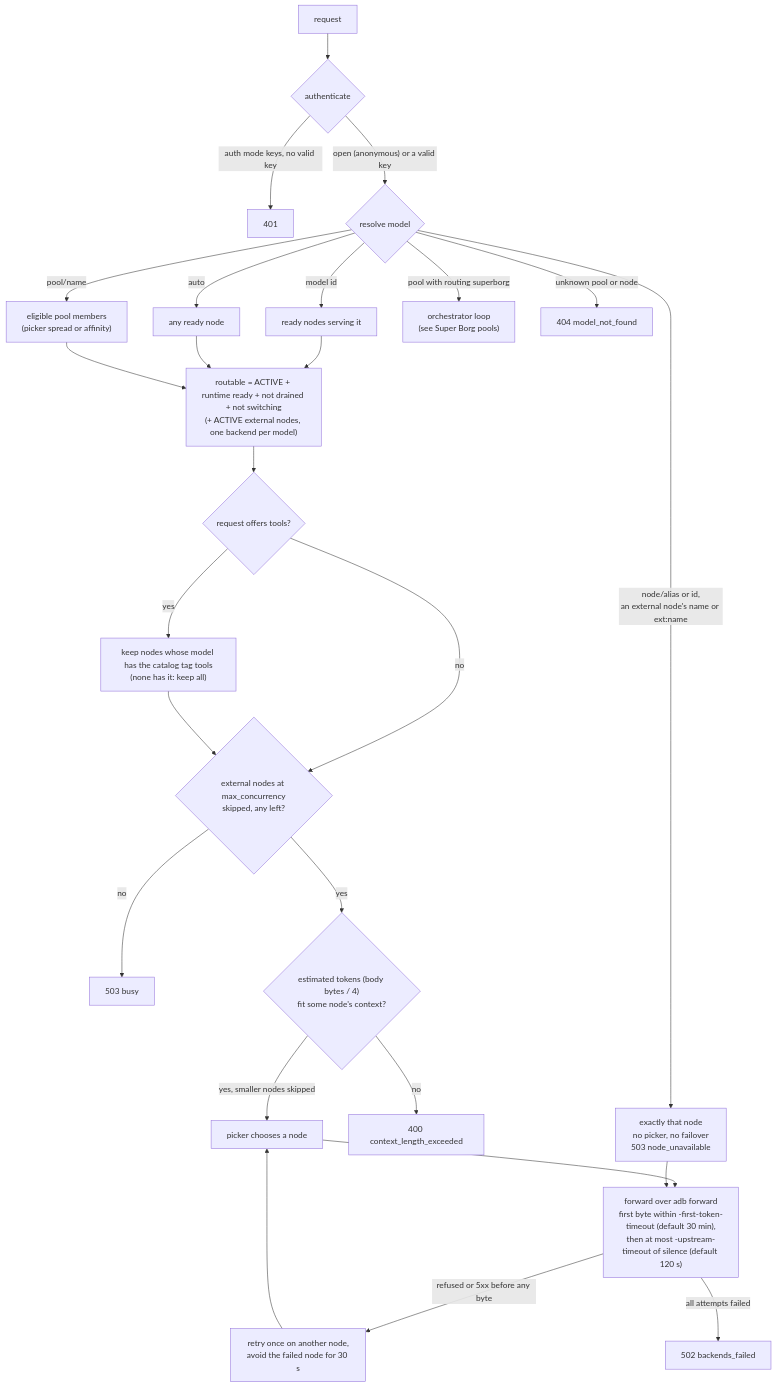
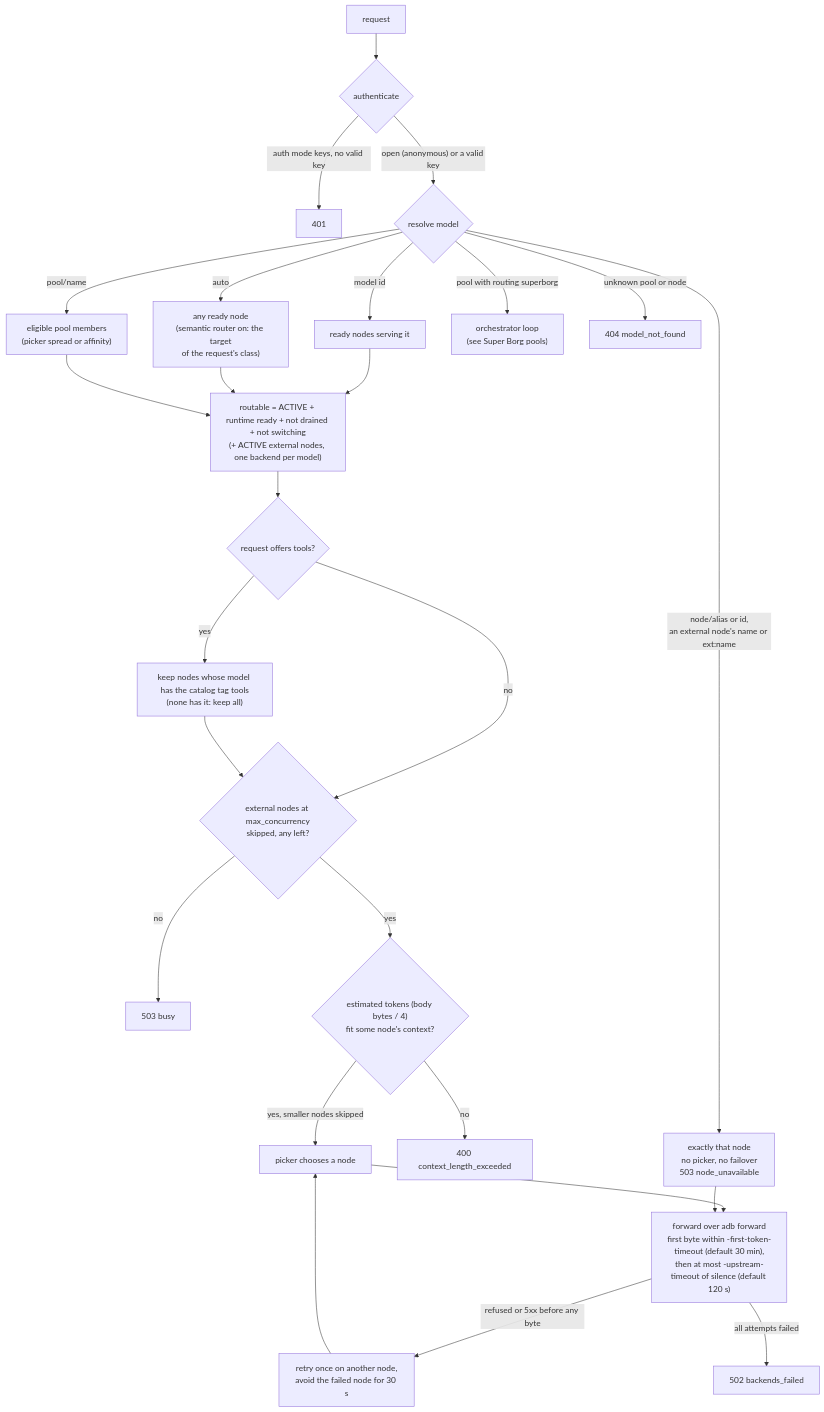
One commit to dzaczek/phoneborg changed the fourth of 9 diagrams in docs/ARCHITECTURE.md. Above: the diagram before and after it, drawn with Mermaid. The commit also changed other lines of this file and 7 other files, not shown here.

First line of the commit message:
Document the semantic router across the docs

````diff
--- a/docs/ARCHITECTURE.md
+++ b/docs/ARCHITECTURE.md
@@ -172,26 +172,26 @@
 ```mermaid
 flowchart TD
   req["request"] --> auth{"authenticate"}
   auth -->|"auth mode keys, no valid key"| e401["401"]
   auth -->|"open (anonymous) or a valid key"| res{"resolve model"}
   res -->|"model id"| c1["ready nodes serving it"]
-  res -->|"auto"| c2["any ready node"]
+  res -->|"auto"| c2["any ready node<br>(semantic router on: the target<br>of the request's class)"]
   res -->|"pool/name"| c3["eligible pool members<br>(picker spread or affinity)"]
   res -->|"pool with routing superborg"| sb["orchestrator loop<br>(see Super Borg pools)"]
   res -->|"node/alias or id,<br>an external node's name or ext:name"| c4["exactly that node<br>no picker, no failover<br>503 node_unavailable"]
   res -->|"unknown pool or node"| e404["404 model_not_found"]
   c1 & c2 & c3 --> rt["routable = ACTIVE + runtime ready + not drained + not switching<br>(+ ACTIVE external nodes, one backend per model)"]
   rt --> tools{"request offers tools?"}
   tools -->|"yes"| tf["keep nodes whose model has the catalog tag tools<br>(none has it: keep all)"]
   tools -->|"no"| busy
   tf --> busy{"external nodes at max_concurrency<br>skipped, any left?"}
   busy -->|"no"| e503["503 busy"]
   busy -->|"yes"| ctx{"estimated tokens (body bytes / 4)<br>fit some node's context?"}
   ctx -->|"no"| e400["400 context_length_exceeded"]
   ctx -->|"yes, smaller nodes skipped"| pick["picker chooses a node"]
   pick --> fwd["forward over adb forward<br>first byte within -first-token-timeout (default 30 min),<br>then at most -upstream-timeout of silence (default 120 s)"]
   c4 --> fwd
   fwd -->|"refused or 5xx before any byte"| retry["retry once on another node,<br>avoid the failed node for 30 s"]
   retry --> pick
   fwd -->|"all attempts failed"| e502["502 backends_failed"]
 ```
````
